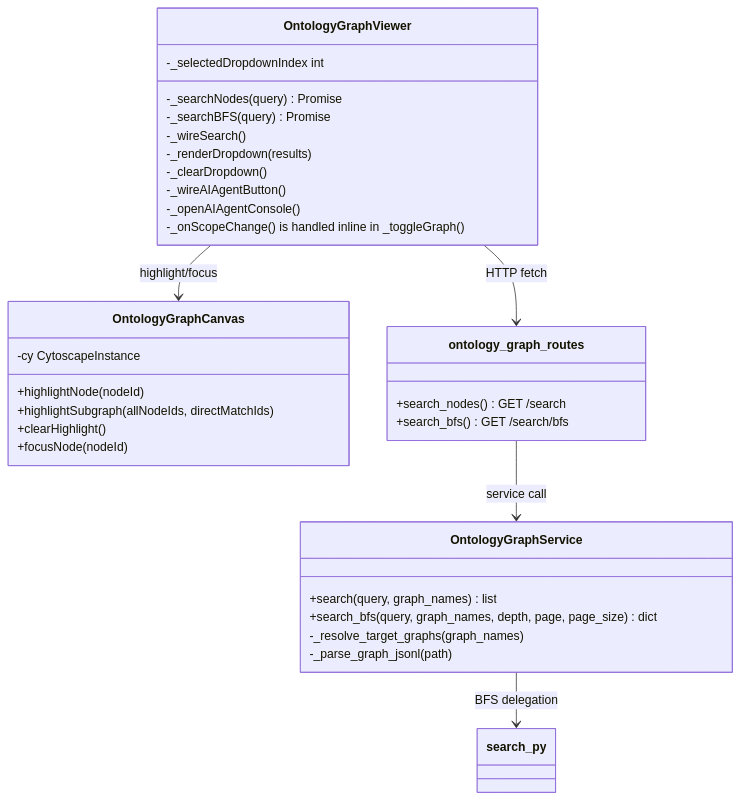
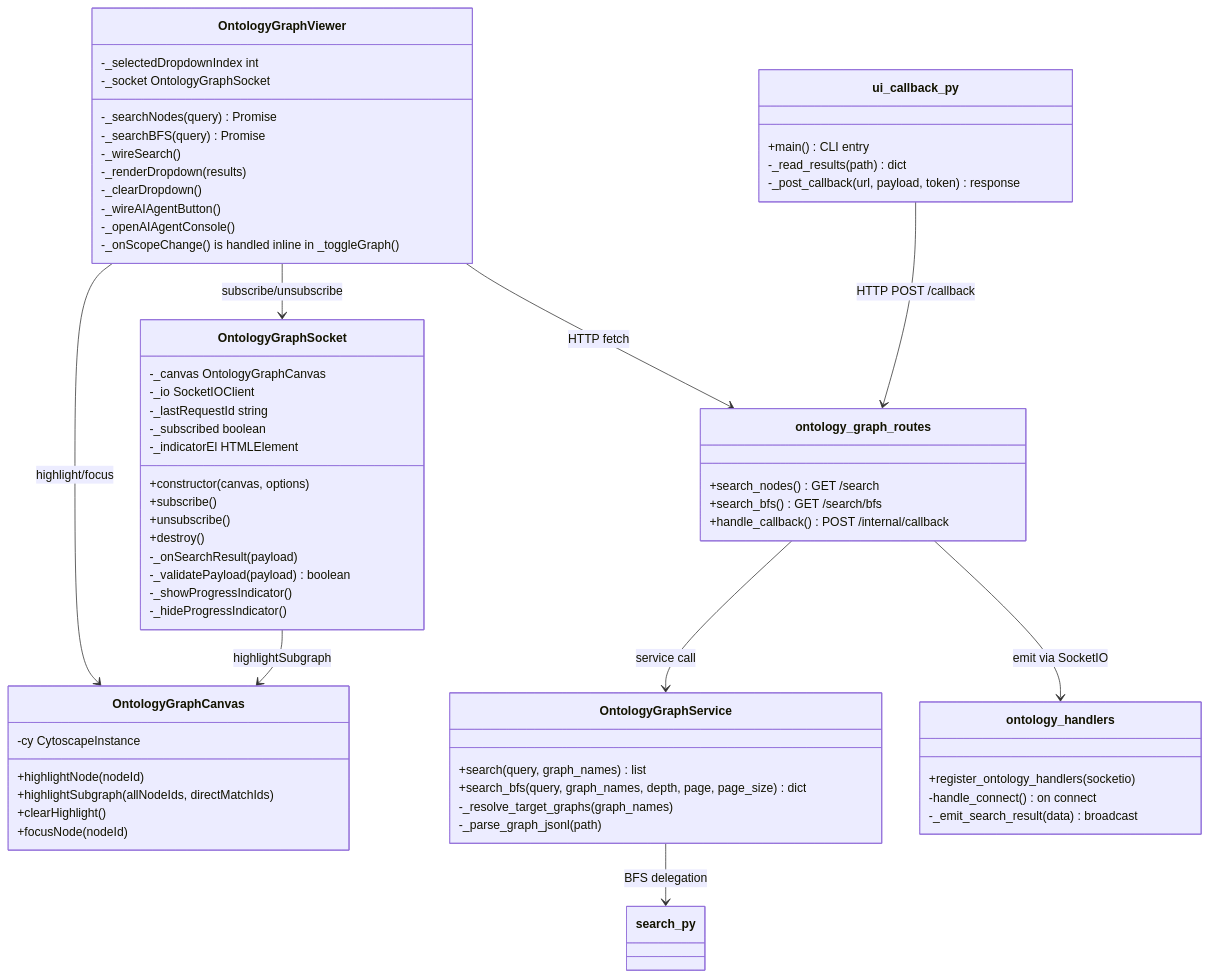
One commit to Young-Z/X-IPE changed the second of 2 diagrams in x-ipe-docs/requirements/EPIC-058/FEATURE-058-F/technical-design.md. Above: the diagram before and after it, drawn with Mermaid. The commit also changed other lines of this file and 44 other files, not shown here.

First line of the commit message:
Ontology graph viewer, UI callbacks, knowledge extraction updates

````diff
--- a/x-ipe-docs/requirements/EPIC-058/FEATURE-058-F/technical-design.md
+++ b/x-ipe-docs/requirements/EPIC-058/FEATURE-058-F/technical-design.md
@@ -128,39 +173,73 @@
 ```mermaid
 classDiagram
     class OntologyGraphViewer {
         -_searchNodes(query) Promise
         -_searchBFS(query) Promise
         -_wireSearch()
         -_renderDropdown(results)
         -_clearDropdown()
         -_wireAIAgentButton()
         -_openAIAgentConsole()
         -_onScopeChange() is handled inline in _toggleGraph()
         -_selectedDropdownIndex int
+        -_socket OntologyGraphSocket
+    }
+
+    class OntologyGraphSocket {
+        -_canvas OntologyGraphCanvas
+        -_io SocketIOClient
+        -_lastRequestId string
+        -_subscribed boolean
+        -_indicatorEl HTMLElement
+        +constructor(canvas, options)
+        +subscribe()
+        +unsubscribe()
+        +destroy()
+        -_onSearchResult(payload)
+        -_validatePayload(payload) boolean
+        -_showProgressIndicator()
+        -_hideProgressIndicator()
     }
 
     class OntologyGraphCanvas {
         +highlightNode(nodeId)
         +highlightSubgraph(allNodeIds, directMatchIds)
         +clearHighlight()
         +focusNode(nodeId)
         -cy CytoscapeInstance
     }
 
     class OntologyGraphService {
         +search(query, graph_names) list
         +search_bfs(query, graph_names, depth, page, page_size) dict
         -_resolve_target_graphs(graph_names)
         -_parse_graph_jsonl(path)
     }
 
     class ontology_graph_routes {
         +search_nodes() GET /search
         +search_bfs() GET /search/bfs
+        +handle_callback() POST /internal/callback
+    }
+
+    class ontology_handlers {
+        +register_ontology_handlers(socketio)
+        -handle_connect() on connect
+        -_emit_search_result(data) broadcast
+    }
+
+    class ui_callback_py {
+        +main() CLI entry
+        -_read_results(path) dict
+        -_post_callback(url, payload, token) response
     }
 
     OntologyGraphViewer --> OntologyGraphCanvas : highlight/focus
+    OntologyGraphViewer --> OntologyGraphSocket : subscribe/unsubscribe
     OntologyGraphViewer --> ontology_graph_routes : HTTP fetch
+    OntologyGraphSocket --> OntologyGraphCanvas : highlightSubgraph
     ontology_graph_routes --> OntologyGraphService : service call
+    ontology_graph_routes --> ontology_handlers : emit via SocketIO
     OntologyGraphService --> search_py : BFS delegation
+    ui_callback_py --> ontology_graph_routes : HTTP POST /callback
 ```
````
